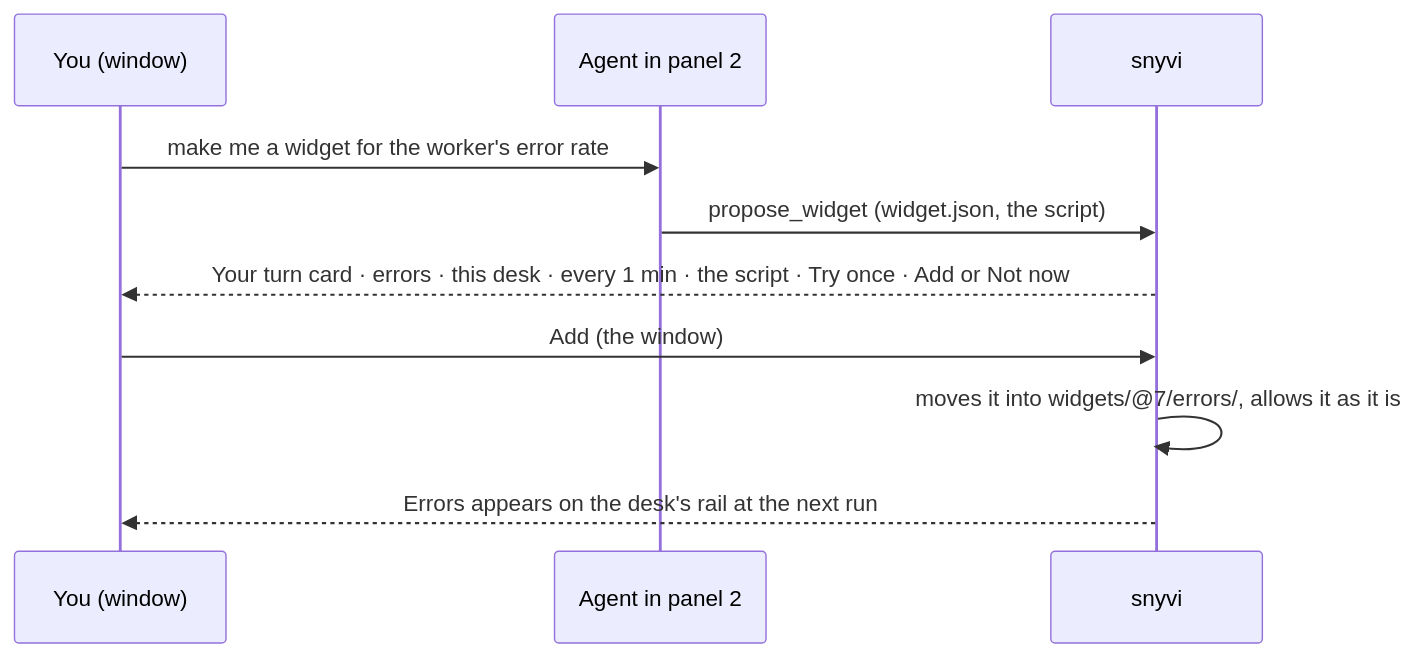
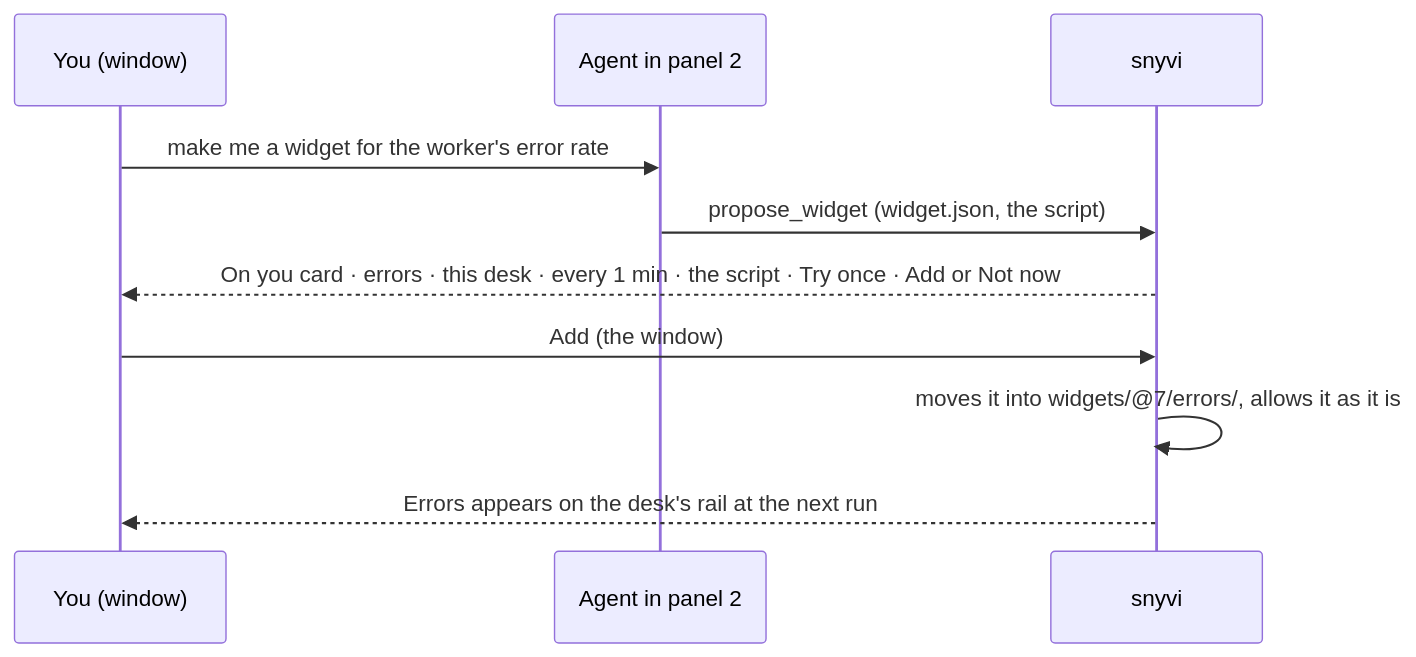
One commit to sharmatrapti/snyvi changed the second of 3 diagrams in docs/WIDGETS.md. Above: the diagram before and after it, drawn with Mermaid. The commit also changed other lines of this file and 29 other files, not shown here.

````diff
--- a/docs/WIDGETS.md
+++ b/docs/WIDGETS.md
@@ -249,12 +295,12 @@
 ```mermaid
 sequenceDiagram
   participant U as You (window)
   participant A as Agent in panel 2
   participant D as snyvi
   U->>A: make me a widget for the worker's error rate
   A->>D: propose_widget (widget.json, the script)
-  D-->>U: Your turn card · errors · this desk · every 1 min · the script · Try once · Add or Not now
+  D-->>U: On you card · errors · this desk · every 1 min · the script · Try once · Add or Not now
   U->>D: Add (the window)
   D->>D: moves it into widgets/@7/errors/, allows it as it is
   D-->>U: Errors appears on the desk's rail at the next run
 ```
````
